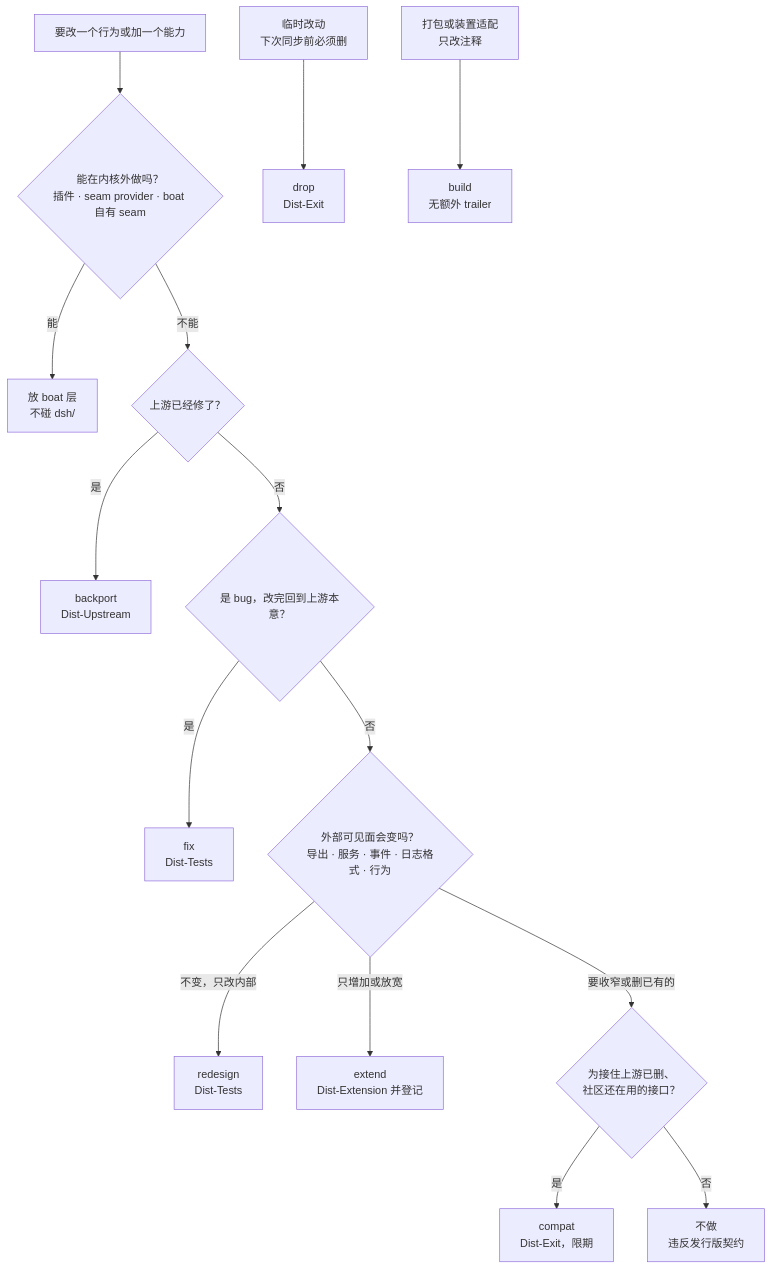
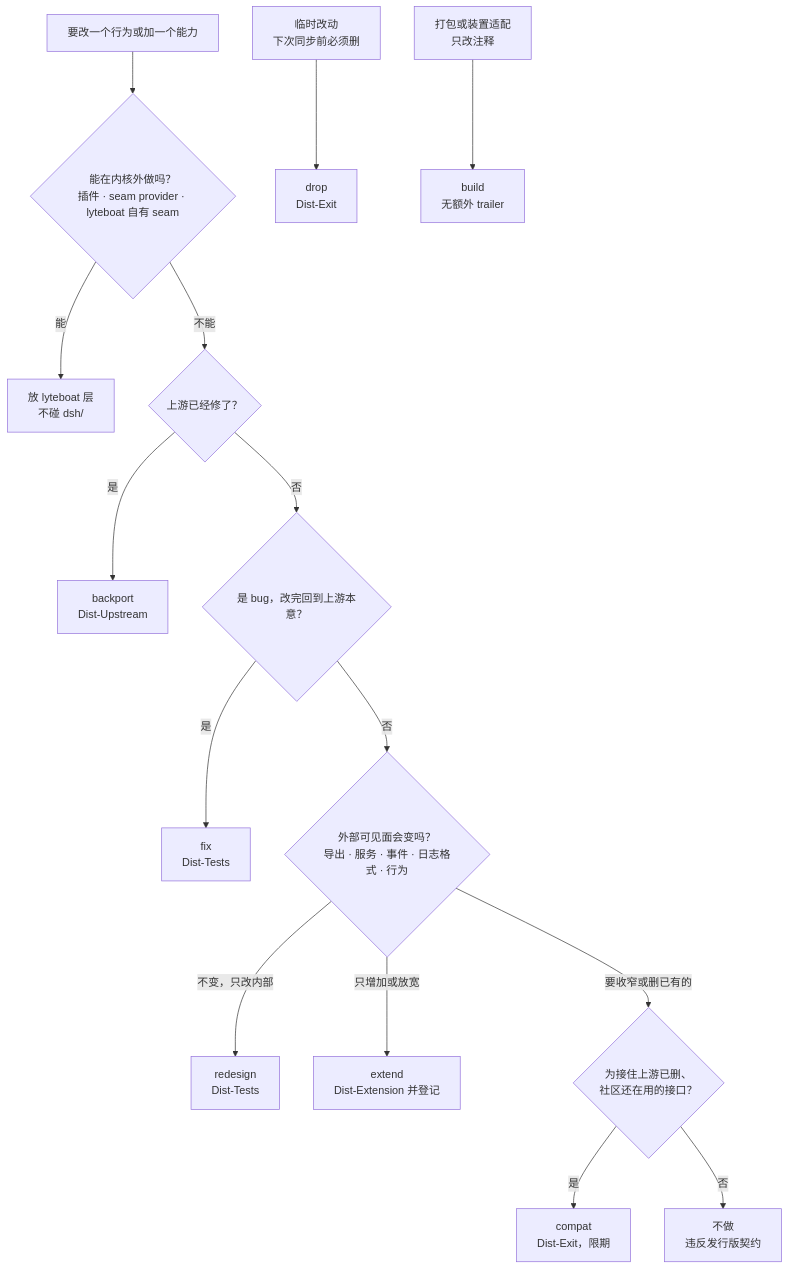
One commit to lyteboat/boat changed the fifth of 13 diagrams in docs/02-distribution.md. Above: the diagram before and after it, drawn with Mermaid. The commit also changed other lines of this file and 316 other files, not shown here.

````diff
--- a/docs/02-distribution.md
+++ b/docs/02-distribution.md
@@ -477,17 +477,17 @@
 ```mermaid
 flowchart TD
-  Q0["要改一个行为或加一个能力"] --> Q1{"能在内核外做吗？<br/>插件 · seam provider · boat 自有 seam"}
-  Q1 -->|"能"| OUT["放 boat 层<br/>不碰 dsh/"]
+  Q0["要改一个行为或加一个能力"] --> Q1{"能在内核外做吗？<br/>插件 · seam provider · lyteboat 自有 seam"}
+  Q1 -->|"能"| OUT["放 lyteboat 层<br/>不碰 dsh/"]
   Q1 -->|"不能"| Q2{"上游已经修了？"}
   Q2 -->|"是"| BK["backport<br/>Dist-Upstream"]
   Q2 -->|"否"| Q3{"是 bug，改完回到上游本意？"}
   Q3 -->|"是"| FX["fix<br/>Dist-Tests"]
   Q3 -->|"否"| Q4{"外部可见面会变吗？<br/>导出 · 服务 · 事件 · 日志格式 · 行为"}
   Q4 -->|"不变，只改内部"| RD["redesign<br/>Dist-Tests"]
   Q4 -->|"只增加或放宽"| EX["extend<br/>Dist-Extension 并登记"]
   Q4 -->|"要收窄或删已有的"| Q5{"为接住上游已删、<br/>社区还在用的接口？"}
   Q5 -->|"是"| CP["compat<br/>Dist-Exit，限期"]
   Q5 -->|"否"| NO["不做<br/>违反发行版契约"]
   TMP["临时改动<br/>下次同步前必须删"] --> DR["drop<br/>Dist-Exit"]
   PKG["打包或装置适配<br/>只改注释"] --> BD["build<br/>无额外 trailer"]
 ```
````
